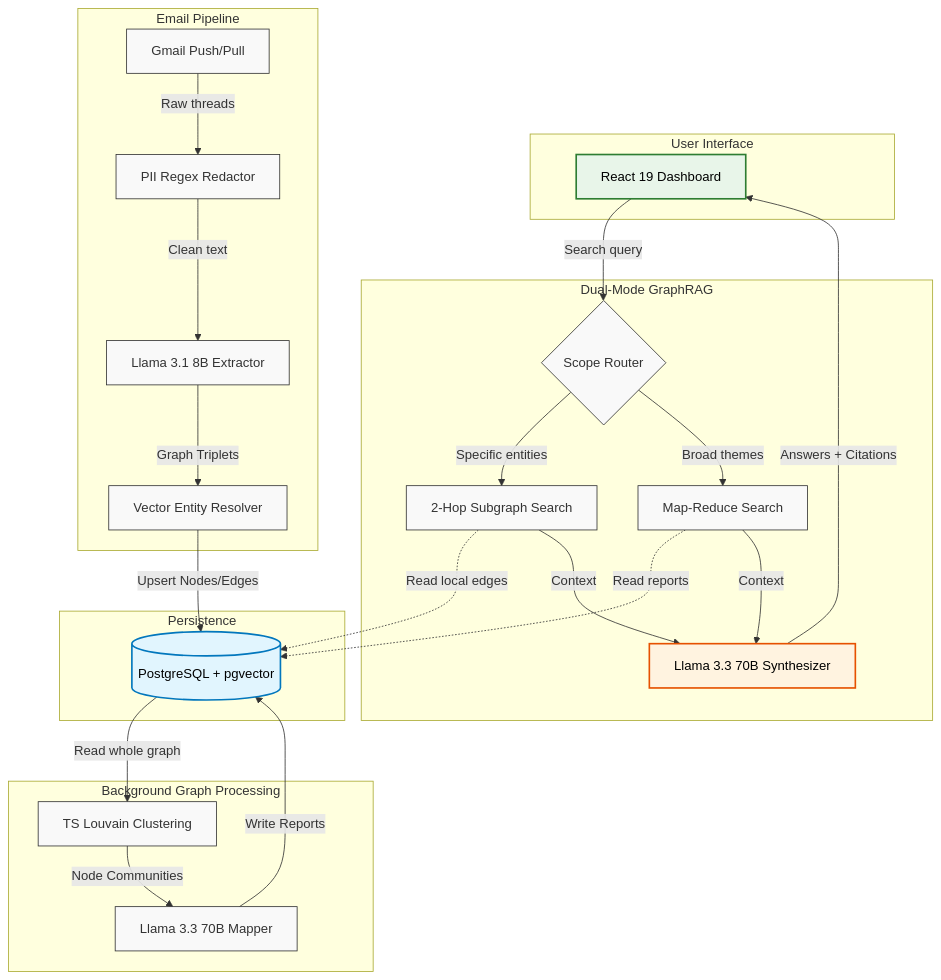
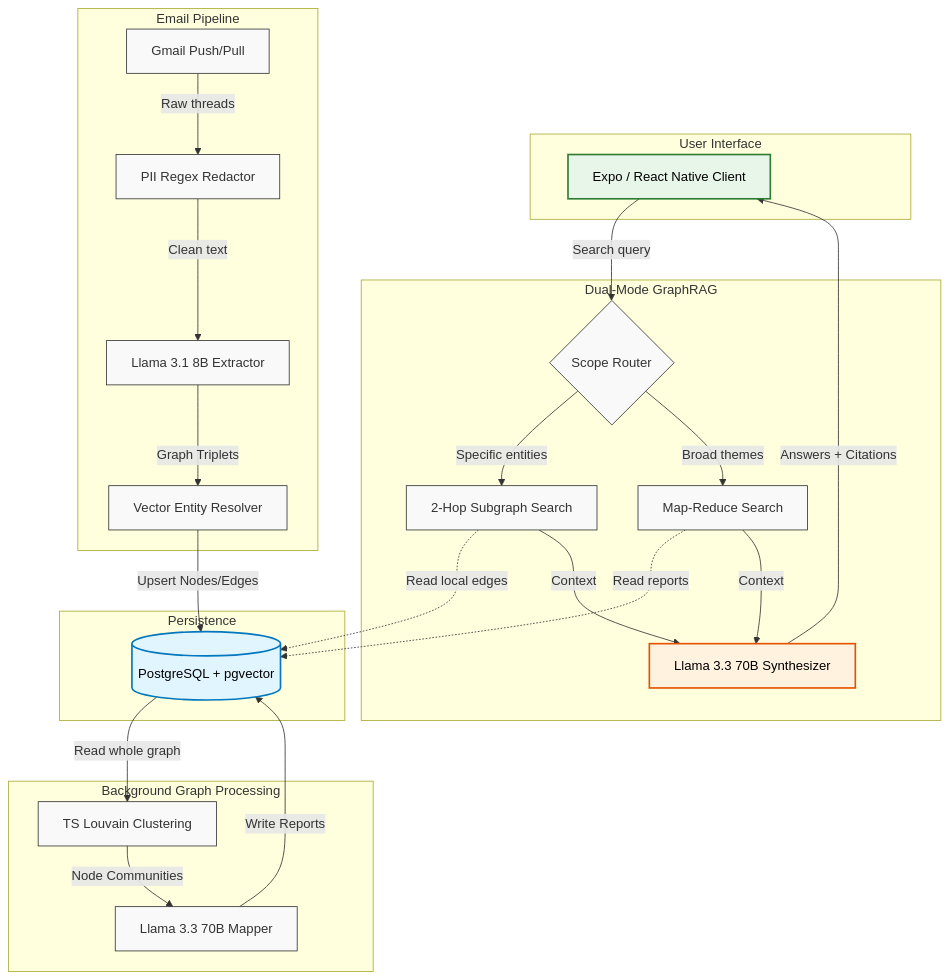
Before and after one commit to rikkumahan/Tasker: the diagram in README.md, drawn with Mermaid. The commit also changed other lines of this file and 695 other files, not shown here.

````diff
--- a/README.md
+++ b/README.md
@@ -48,57 +51,57 @@
 ```mermaid
 flowchart TD
     %% Define styles for a cleaner, non-AI look
     classDef default fill:#f9f9f9,stroke:#333,stroke-width:1px,color:#333
     classDef database fill:#e1f5fe,stroke:#0277bd,stroke-width:2px,color:#000
     classDef core fill:#fff3e0,stroke:#e65100,stroke-width:2px,color:#000
     classDef client fill:#e8f5e9,stroke:#2e7d32,stroke-width:2px,color:#000
     
     subgraph Client [User Interface]
-        Dashboard[React 19 Dashboard]:::client
+        Dashboard[Expo / React Native Client]:::client
     end
 
     subgraph Ingestion [Email Pipeline]
         Gmail[Gmail Push/Pull]
         Redactor[PII Regex Redactor]
         Extractor[Llama 3.1 8B Extractor]
         Resolver[Vector Entity Resolver]
         
         Gmail -->|Raw threads| Redactor
         Redactor -->|Clean text| Extractor
         Extractor -->|Graph Triplets| Resolver
     end
 
     subgraph Storage [Persistence]
         DB[(PostgreSQL + pgvector)]:::database
     end
 
     subgraph GraphOps [Background Graph Processing]
         Louvain[TS Louvain Clustering]
         SummaryGen[Llama 3.3 70B Mapper]
         
         Louvain -->|Node Communities| SummaryGen
     end
 
     subgraph QueryLayer [Dual-Mode GraphRAG]
         Router{Scope Router}
         LocalSearch[2-Hop Subgraph Search]
         GlobalSearch[Map-Reduce Search]
         Synthesizer[Llama 3.3 70B Synthesizer]:::core
         
         Router -->|Specific entities| LocalSearch
         Router -->|Broad themes| GlobalSearch
     end
 
     %% Wiring it all together
     Resolver -->|Upsert Nodes/Edges| DB
     DB -->|Read whole graph| Louvain
     SummaryGen -->|Write Reports| DB
     
     Dashboard -->|Search query| Router
     LocalSearch -.->|Read local edges| DB
     GlobalSearch -.->|Read reports| DB
     
     LocalSearch -->|Context| Synthesizer
     GlobalSearch -->|Context| Synthesizer
     Synthesizer -->|Answers + Citations| Dashboard
 ```
````
